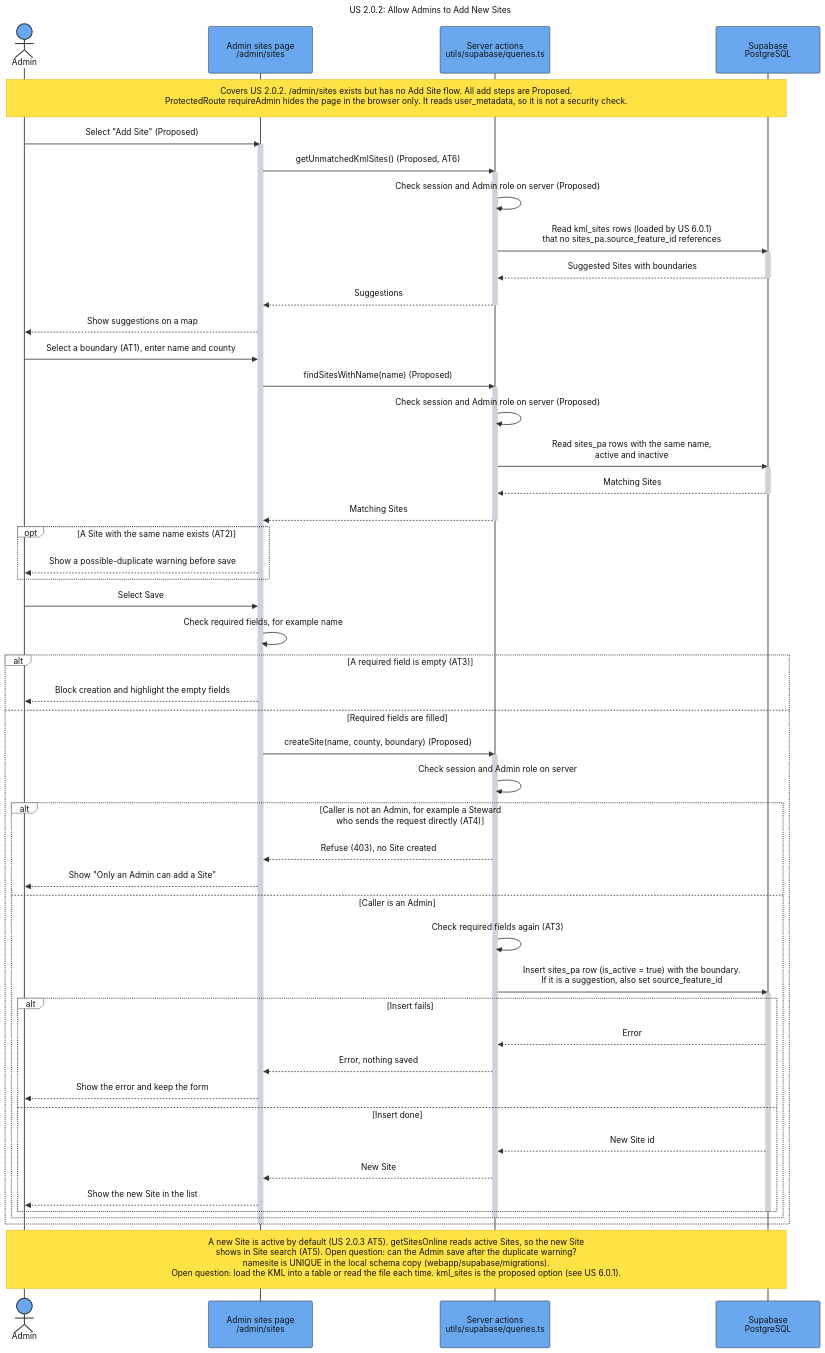
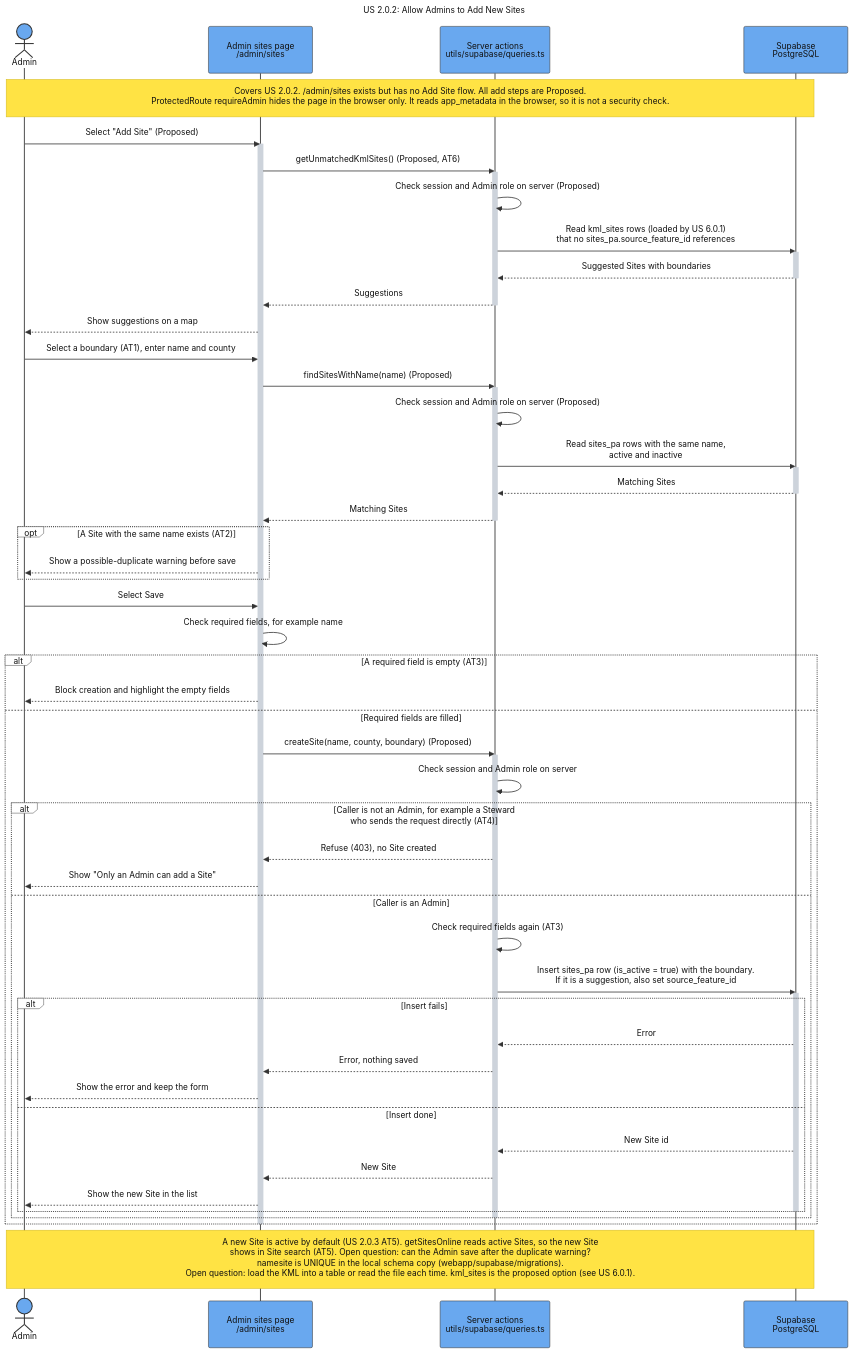
Before and after one commit to SAPAA-Dev/W26Project-SAPAA-Dev-Team: the diagram in docs/assets/Sequence_US_2_0_2_Add_Site.mmd, drawn with Mermaid. The commit also changed 63 other files, not shown here.

First line of the commit message:
(feat): migrated user_metadata checks to app_metadata (#144)

```diff
--- a/docs/assets/Sequence_US_2_0_2_Add_Site.mmd
+++ b/docs/assets/Sequence_US_2_0_2_Add_Site.mmd
@@ -1,108 +1,108 @@
 ---
 title: "US 2.0.2: Allow Admins to Add New Sites"
 config:
   theme: base
   sequence:
     actorMargin: 70
     boxMargin: 12
     diagramMarginX: 45
     diagramMarginY: 30
     messageMargin: 38
     noteMargin: 16
     mirrorActors: true
     width: 200
     height: 90
   themeVariables:
     background: "#ffffff"
     primaryColor: "#69a8ef"
     primaryBorderColor: "#333333"
     primaryTextColor: "#111111"
     actorBkg: "#69a8ef"
     actorBorder: "#333333"
     actorTextColor: "#111111"
     actorLineColor: "#555555"
     signalColor: "#333333"
     signalTextColor: "#111111"
     activationBkgColor: "#cdd3db"
     activationBorderColor: "#cdd3db"
     noteBkgColor: "#ffe344"
     noteBorderColor: "#d4ba24"
     noteTextColor: "#111111"
     labelBoxBkgColor: "#ffffff"
     labelBoxBorderColor: "#555555"
     labelTextColor: "#111111"
     loopTextColor: "#111111"
     altBackground: "#ffffff"
   themeCSS: |
     .actor-line {
       stroke-dasharray: 10 10 !important;
       stroke-width: 1.25px !important;
     }
 ---
 sequenceDiagram
     autonumber off
     actor Admin
     participant Page as Admin sites page<br/>/admin/sites
     participant Actions as Server actions<br/>utils/supabase/queries.ts
     participant DB as Supabase<br/>PostgreSQL
 
-    Note over Admin,DB: Covers US 2.0.2. /admin/sites exists but has no Add Site flow. All add steps are Proposed.<br/>ProtectedRoute requireAdmin hides the page in the browser only. It reads user_metadata, so it is not a security check.
+    Note over Admin,DB: Covers US 2.0.2. /admin/sites exists but has no Add Site flow. All add steps are Proposed.<br/>ProtectedRoute requireAdmin hides the page in the browser only. It reads app_metadata in the browser, so it is not a security check.
 
     Admin->>Page: Select "Add Site" (Proposed)
     activate Page
     Page->>Actions: getUnmatchedKmlSites() (Proposed, AT6)
     activate Actions
     Actions->>Actions: Check session and Admin role on server (Proposed)
     Actions->>DB: Read kml_sites rows (loaded by US 6.0.1)<br/>that no sites_pa.source_feature_id references
     activate DB
     DB-->>Actions: Suggested Sites with boundaries
     deactivate DB
     Actions-->>Page: Suggestions
     deactivate Actions
     Page-->>Admin: Show suggestions on a map
 
     Admin->>Page: Select a boundary (AT1), enter name and county
     Page->>Actions: findSitesWithName(name) (Proposed)
     activate Actions
     Actions->>Actions: Check session and Admin role on server (Proposed)
     Actions->>DB: Read sites_pa rows with the same name,<br/>active and inactive
     activate DB
     DB-->>Actions: Matching Sites
     deactivate DB
     Actions-->>Page: Matching Sites
     deactivate Actions
     opt A Site with the same name exists (AT2)
         Page-->>Admin: Show a possible-duplicate warning before save
     end
 
     Admin->>Page: Select Save
     Page->>Page: Check required fields, for example name
     alt A required field is empty (AT3)
         Page-->>Admin: Block creation and highlight the empty fields
     else Required fields are filled
         Page->>Actions: createSite(name, county, boundary) (Proposed)
         activate Actions
         Actions->>Actions: Check session and Admin role on server
         alt Caller is not an Admin, for example a Steward<br/>who sends the request directly (AT4)
             Actions-->>Page: Refuse (403), no Site created
             Page-->>Admin: Show "Only an Admin can add a Site"
         else Caller is an Admin
             Actions->>Actions: Check required fields again (AT3)
             Actions->>DB: Insert sites_pa row (is_active = true) with the boundary.<br/>If it is a suggestion, also set source_feature_id
             activate DB
             alt Insert fails
                 DB-->>Actions: Error
                 Actions-->>Page: Error, nothing saved
                 Page-->>Admin: Show the error and keep the form
             else Insert done
                 DB-->>Actions: New Site id
                 Actions-->>Page: New Site
                 Page-->>Admin: Show the new Site in the list
             end
             deactivate DB
         end
         deactivate Actions
     end
     deactivate Page
 
     Note over Admin,DB: A new Site is active by default (US 2.0.3 AT5). getSitesOnline reads active Sites, so the new Site<br/>shows in Site search (AT5). Open question: can the Admin save after the duplicate warning?<br/>namesite is UNIQUE in the local schema copy (webapp/supabase/migrations).<br/>Open question: load the KML into a table or read the file each time. kml_sites is the proposed option (see US 6.0.1).
```
